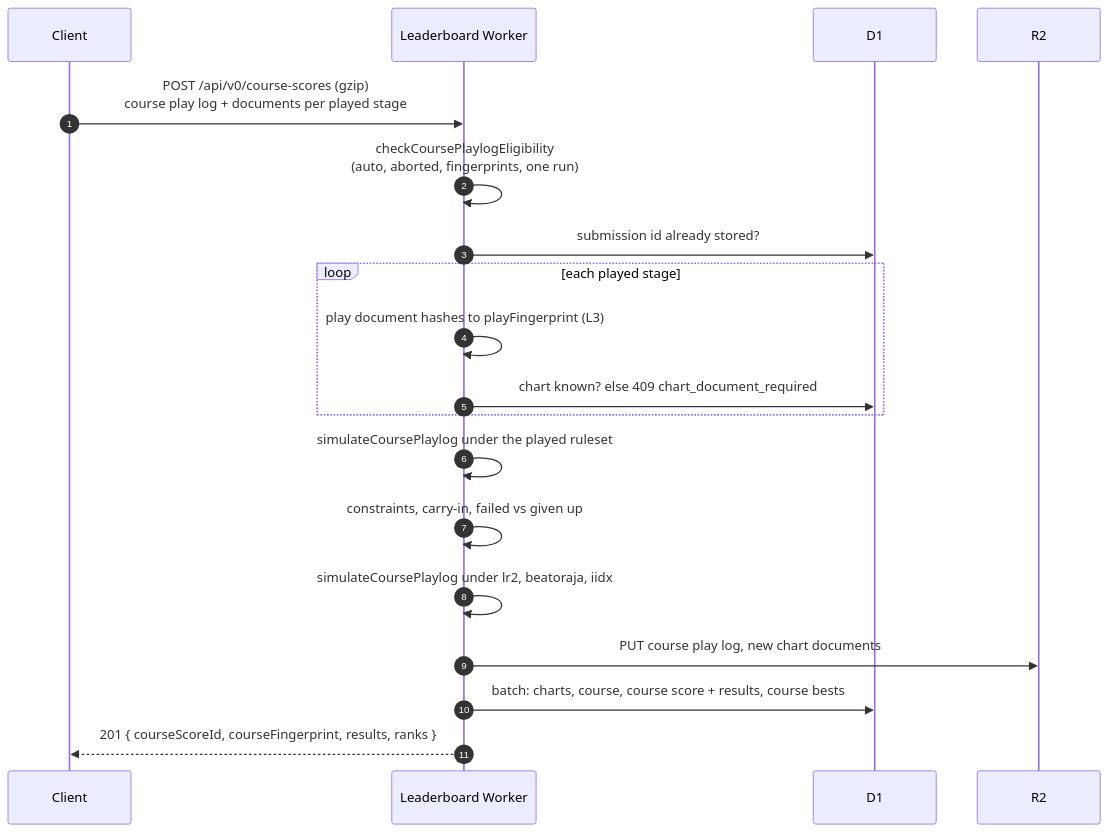
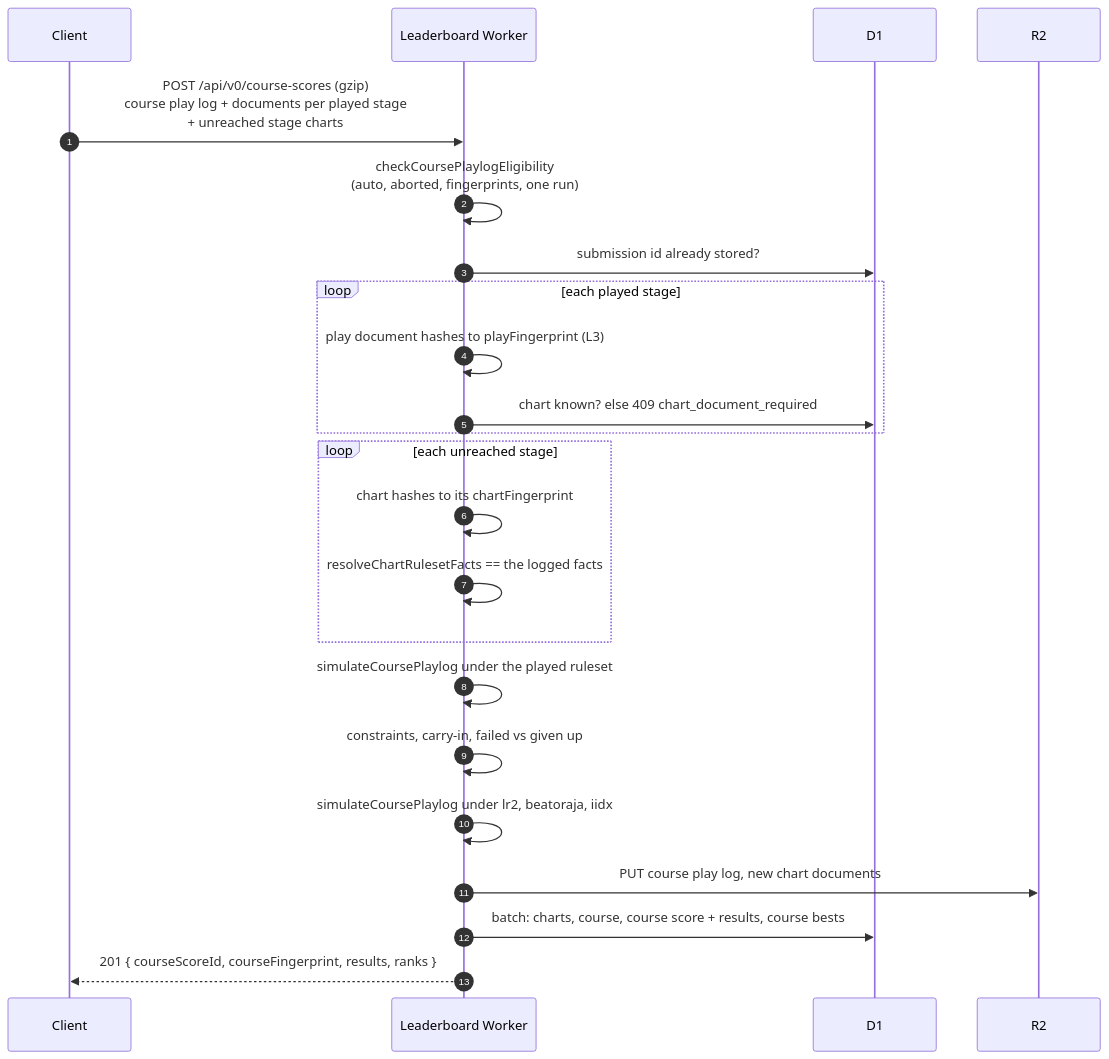
One commit to nulltask/be-music changed the second of 3 diagrams in docs/leaderboard.md. Above: the diagram before and after it, drawn with Mermaid. The commit also changed other lines of this file and 3 other files, not shown here.

First line of the commit message:
docs: describe how course runs are verified from their stage charts [ci skip]

````diff
--- a/docs/leaderboard.md
+++ b/docs/leaderboard.md
@@ -276,22 +296,26 @@
 ```mermaid
 sequenceDiagram
     autonumber
     participant C as Client
     participant A as Leaderboard Worker
     participant D as D1
     participant R as R2
 
-    C->>A: POST /api/v0/course-scores (gzip)<br/>course play log + documents per played stage
+    C->>A: POST /api/v0/course-scores (gzip)<br/>course play log + documents per played stage<br/>+ unreached stage charts
     A->>A: checkCoursePlaylogEligibility<br/>(auto, aborted, fingerprints, one run)
     A->>D: submission id already stored?
     loop each played stage
         A->>A: play document hashes to playFingerprint (L3)
         A->>D: chart known? else 409 chart_document_required
+    end
+    loop each unreached stage
+        A->>A: chart hashes to its chartFingerprint
+        A->>A: resolveChartRulesetFacts == the logged facts
     end
     A->>A: simulateCoursePlaylog under the played ruleset
     A->>A: constraints, carry-in, failed vs given up
     A->>A: simulateCoursePlaylog under lr2, beatoraja, iidx
     A->>R: PUT course play log, new chart documents
     A->>D: batch: charts, course, course score + results, course bests
     A-->>C: 201 { courseScoreId, courseFingerprint, results, ranks }
 ```
````
